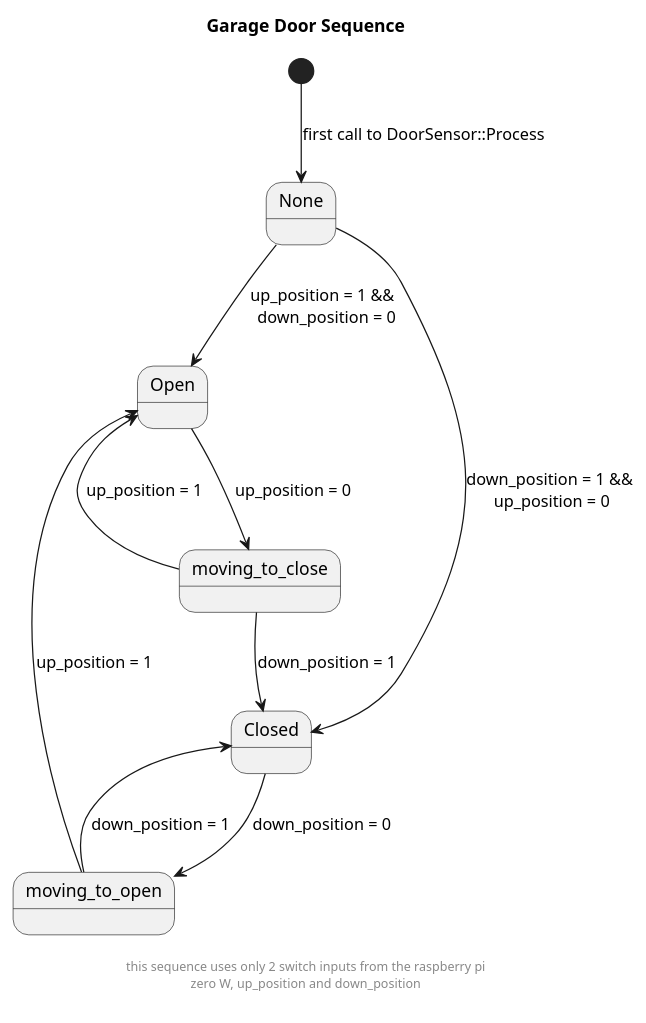
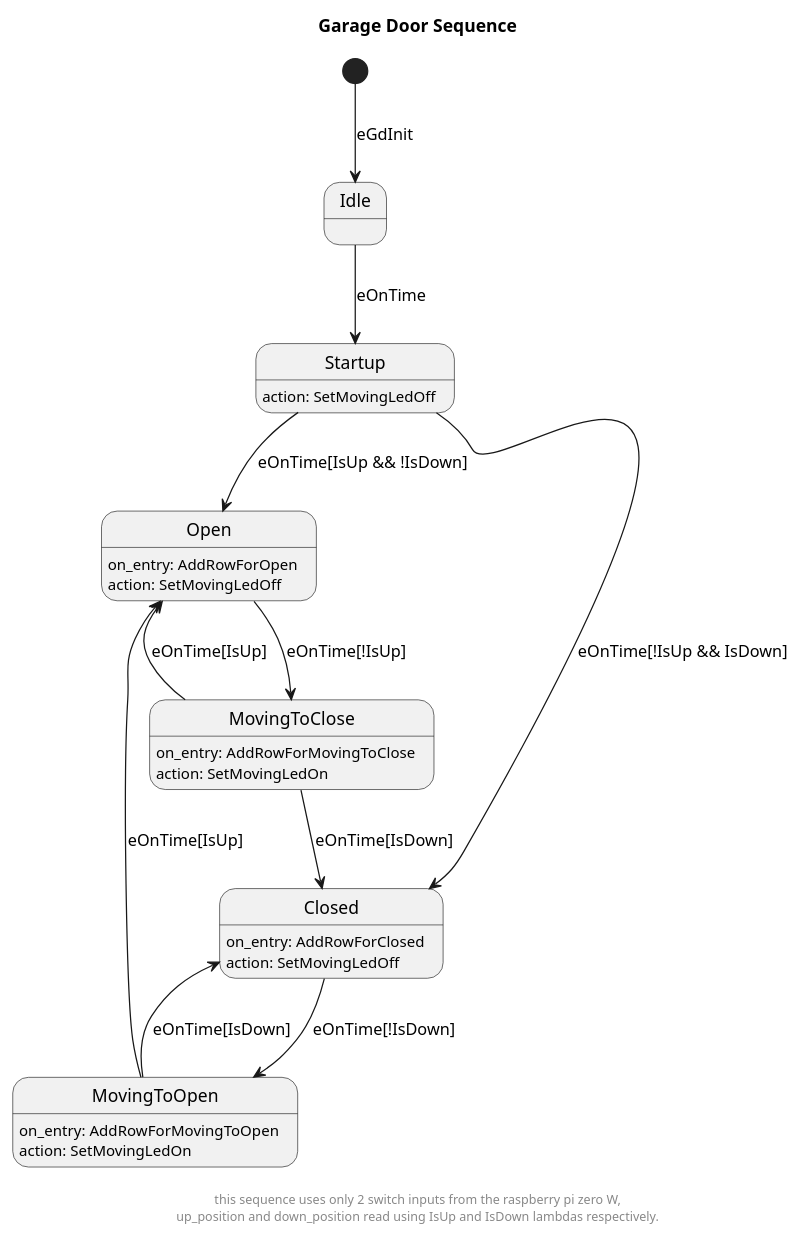
The diagram in DoorSequence.puml (bcookOh1/gdoor), drawn with PlantUML before and after one commit. The commit also changed 2 other files, not shown here.

```diff
--- a/DoorSequence.puml
+++ b/DoorSequence.puml
@@ -10,47 +10,45 @@
 @startuml
 
 title Garage Door Sequence
 
-state "None" as  none
+state "Idle" as idle
+state "Startup" as startup
 state "Open" as  open
-/' state "Moving" as  moving '/
-state "Closed" as  closed
+state "Closed" as closed
 
-'state "MovingToOpen" as  moving_to_open
-'state "MovingToClose" as  moving_to_close
-'state "NoChange" as  no_change
+state "MovingToOpen" as  moving_to_open
+state "MovingToClose" as  moving_to_close
 
 center footer  
 
- this sequence uses only 2 switch inputs from the raspberry pi 
- zero W, up_position and down_position
+ this sequence uses only 2 switch inputs from the raspberry pi zero W, 
+ up_position and down_position read using IsUp and IsDown lambdas respectively.
 
 endfooter
 
-[*] --> none : first call to DoorSensor::Process
-none --> open : up_position = 1 &&\n  down_position = 0
-none --> closed : down_position = 1 &&\n up_position = 0
+[*] --> idle : eGdInit
+idle --> startup : eOnTime
+startup : action: SetMovingLedOff 
+startup --> open : eOnTime[IsUp && !IsDown]
+startup --> closed : eOnTime[!IsUp && IsDown]
 
-/'
-open --> open : up_position = 1
-open --> moving : up_position = 0
 
-moving --> moving : up_position = 0 &&\n down_position = 0
-moving --> closed : down_position = 1
-moving --> open : up_position = 1
+open --> moving_to_close : eOnTime[!IsUp]
+open : on_entry: AddRowForOpen
+open : action: SetMovingLedOff 
 
-closed --> closed : down_position = 1
-closed --> moving : down_position = 0
-'/
+moving_to_close --> closed : eOnTime[IsDown]
+moving_to_close : on_entry: AddRowForMovingToClose
+moving_to_close : action: SetMovingLedOn 
+moving_to_close --> open : eOnTime[IsUp]
 
-open --> moving_to_close : up_position = 0
+moving_to_open --> open : eOnTime[IsUp]
+moving_to_open : on_entry: AddRowForMovingToOpen
+moving_to_open : action: SetMovingLedOn 
+moving_to_open --> closed : eOnTime[IsDown]
 
-moving_to_close --> closed : down_position = 1
-moving_to_close --> open : up_position = 1
-
-moving_to_open --> open : up_position = 1
-moving_to_open --> closed : down_position = 1
-
-closed --> moving_to_open : down_position = 0
+closed --> moving_to_open : eOnTime[!IsDown]
+closed : on_entry: AddRowForClosed
+closed : action: SetMovingLedOff 
 
 @enduml
```
